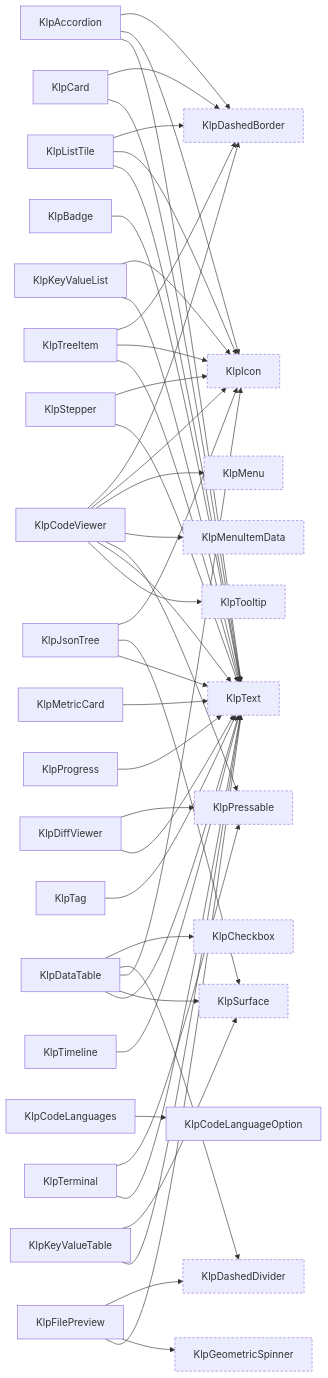
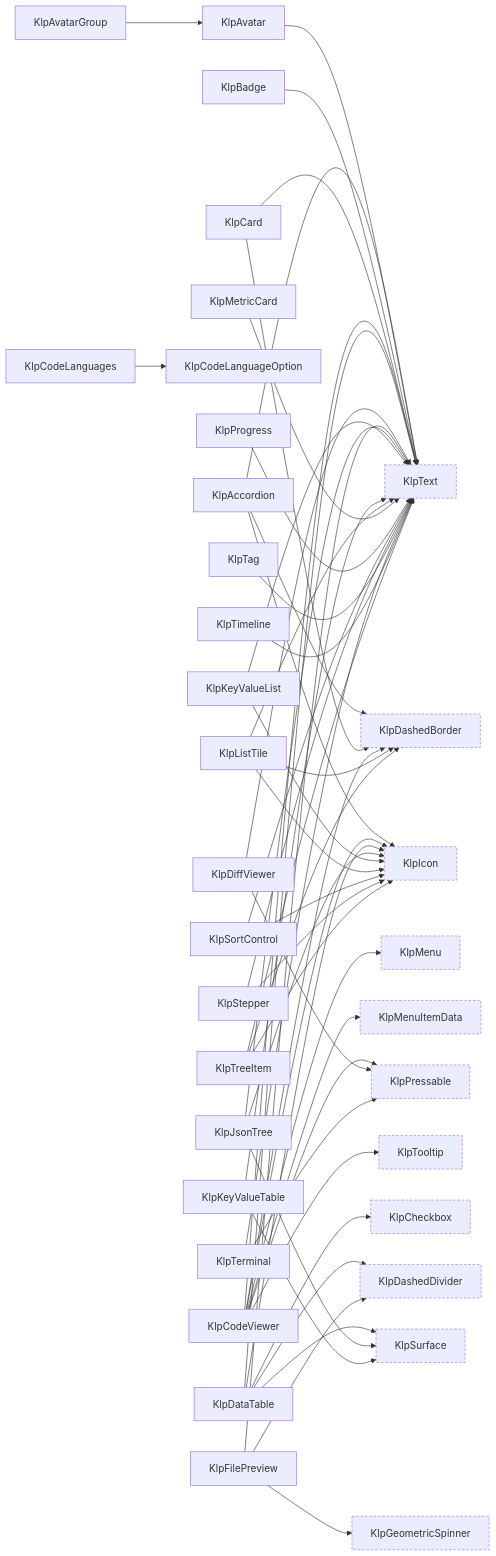
The ninth of 16 diagrams in spec/component-inventory.md (MiuDog/Kallopis), drawn with Mermaid before and after one commit. The commit also changed other lines of this file and 12 other files, not shown here.

````diff
--- a/spec/component-inventory.md
+++ b/spec/component-inventory.md
@@ -554,6 +516,8 @@
 ```mermaid
 graph LR
   KlpAccordion["KlpAccordion"]
+  KlpAvatar["KlpAvatar"]
+  KlpAvatarGroup["KlpAvatarGroup"]
   KlpBadge["KlpBadge"]
   KlpCard["KlpCard"]
   KlpCheckbox["KlpCheckbox"]:::external
@@ -576,6 +540,7 @@
   KlpMetricCard["KlpMetricCard"]
   KlpPressable["KlpPressable"]:::external
   KlpProgress["KlpProgress"]
+  KlpSortControl["KlpSortControl"]
   KlpStepper["KlpStepper"]
   KlpSurface["KlpSurface"]:::external
   KlpTag["KlpTag"]
@@ -587,6 +552,8 @@
   KlpAccordion --> KlpDashedBorder
   KlpAccordion --> KlpIcon
   KlpAccordion --> KlpText
+  KlpAvatarGroup --> KlpAvatar
+  KlpAvatar --> KlpText
   KlpBadge --> KlpText
   KlpCard --> KlpDashedBorder
   KlpCard --> KlpText
@@ -620,6 +587,8 @@
   KlpListTile --> KlpText
   KlpMetricCard --> KlpText
   KlpProgress --> KlpText
+  KlpSortControl --> KlpIcon
+  KlpSortControl --> KlpText
   KlpStepper --> KlpIcon
   KlpStepper --> KlpText
   KlpTag --> KlpText
````
